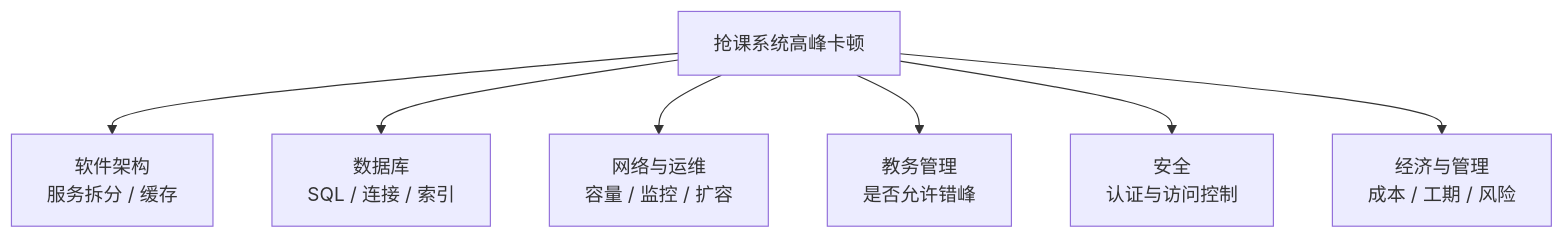
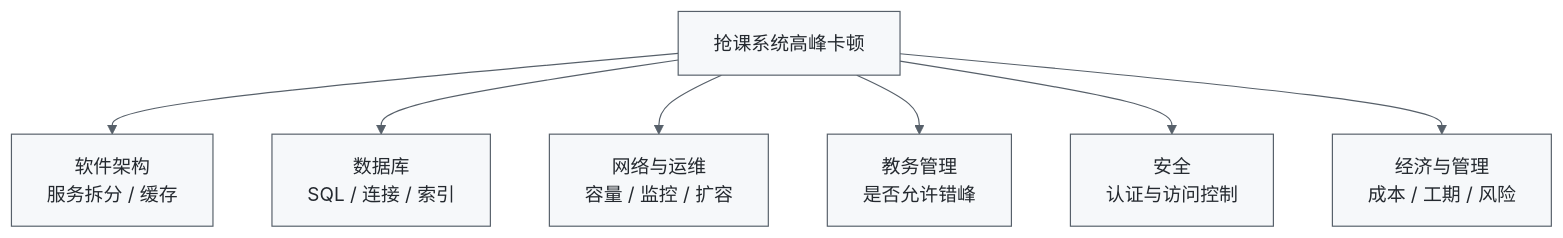
Before and after one commit to 74262195/system-architect-notes: the fifth of 7 diagrams in 01_综合知识/02_系统工程与信息系统基础/02_系统工程方法/霍尔三维结构.md, drawn with Mermaid. The commit also changed other lines of this file and 4 other files, not shown here.

Commit message:
fix: 提升 Mermaid 流程图可读性

````diff
--- a/01_综合知识/02_系统工程与信息系统基础/02_系统工程方法/霍尔三维结构.md
+++ b/01_综合知识/02_系统工程与信息系统基础/02_系统工程方法/霍尔三维结构.md
@@ -492,10 +496,11 @@
 ```mermaid
+%%{init: {"theme":"base","themeVariables":{"fontSize":"16px","primaryColor":"#f6f8fa","primaryTextColor":"#24292f","primaryBorderColor":"#57606a","lineColor":"#57606a","secondaryColor":"#ffffff","tertiaryColor":"#ffffff","edgeLabelBackground":"#ffffff"}}}%%
 flowchart TB
     A["抢课系统高峰卡顿"]
     A --> B["软件架构<br/>服务拆分 / 缓存"]
     A --> C["数据库<br/>SQL / 连接 / 索引"]
     A --> D["网络与运维<br/>容量 / 监控 / 扩容"]
     A --> E["教务管理<br/>是否允许错峰"]
     A --> F["安全<br/>认证与访问控制"]
     A --> G["经济与管理<br/>成本 / 工期 / 风险"]
 ```
````
